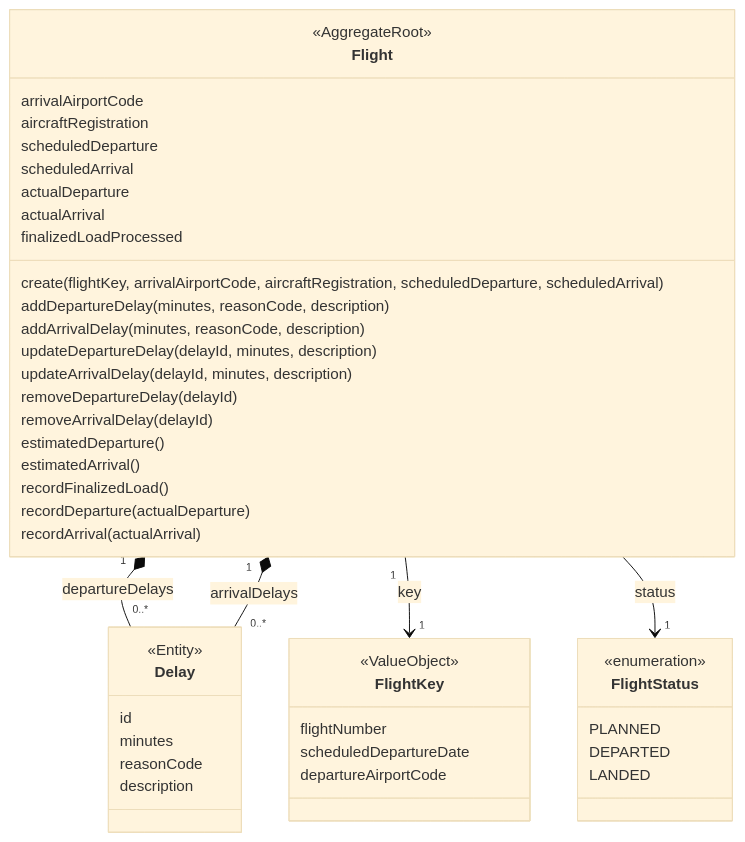
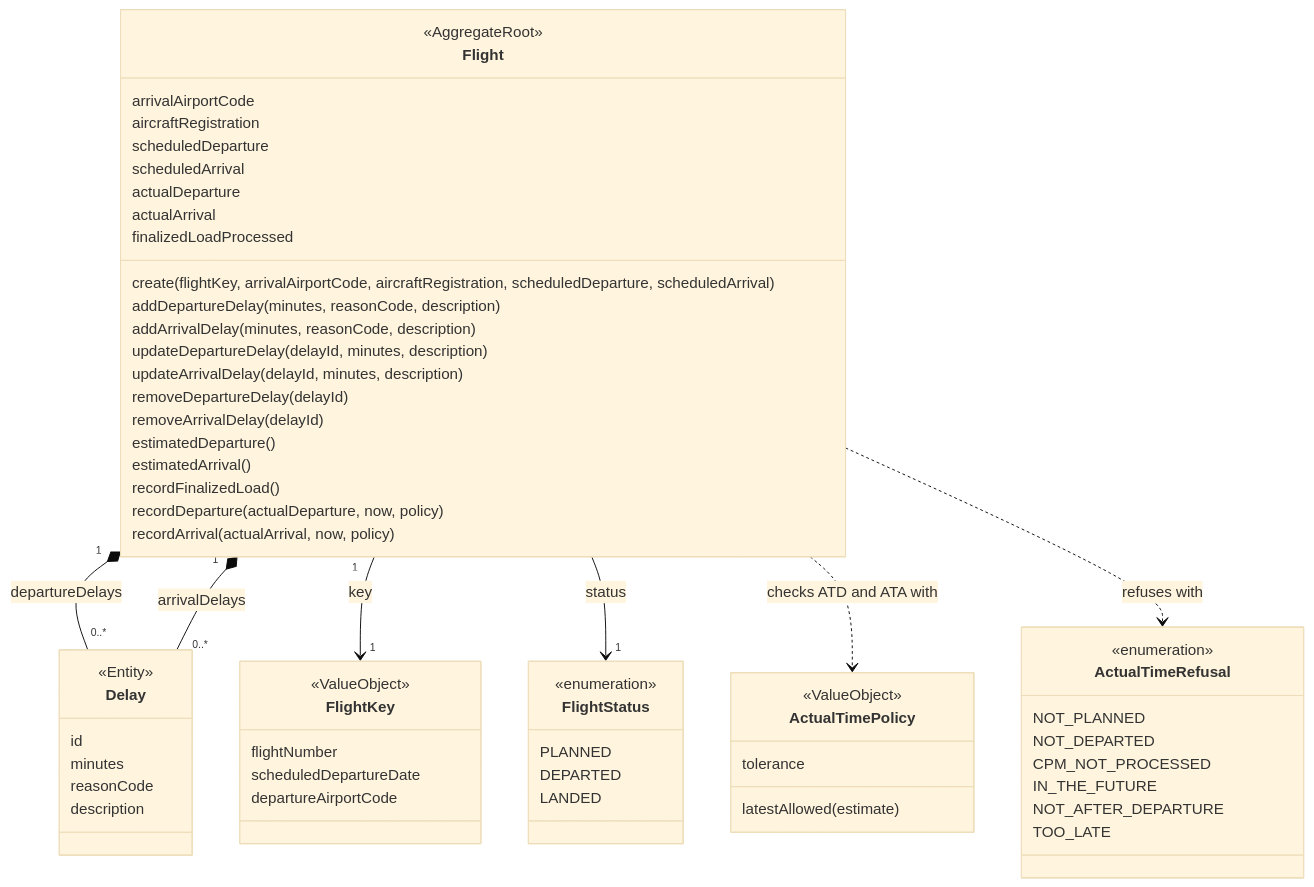
Before and after one commit to ebhd/air-freight-operations: the sixth of 9 diagrams in architecture/analyse.md, drawn with Mermaid (base theme). The commit also changed other lines of this file and 1 other file, not shown here.

Commit message:
Document the actual times and the MVT AD and AA flow (#28, #29, #31)

````diff
--- a/architecture/analyse.md
+++ b/architecture/analyse.md
@@ -403,58 +403,76 @@
 ```mermaid
 classDiagram
     direction TB
 
     class Flight {
         <<AggregateRoot>>
         arrivalAirportCode
         aircraftRegistration
         scheduledDeparture
         scheduledArrival
         actualDeparture
         actualArrival
         finalizedLoadProcessed
         create(flightKey, arrivalAirportCode, aircraftRegistration, scheduledDeparture, scheduledArrival)
         addDepartureDelay(minutes, reasonCode, description)
         addArrivalDelay(minutes, reasonCode, description)
         updateDepartureDelay(delayId, minutes, description)
         updateArrivalDelay(delayId, minutes, description)
         removeDepartureDelay(delayId)
         removeArrivalDelay(delayId)
         estimatedDeparture()
         estimatedArrival()
         recordFinalizedLoad()
-        recordDeparture(actualDeparture)
-        recordArrival(actualArrival)
+        recordDeparture(actualDeparture, now, policy)
+        recordArrival(actualArrival, now, policy)
+    }
+
+    class ActualTimePolicy {
+        <<ValueObject>>
+        tolerance
+        latestAllowed(estimate)
+    }
+
+    class ActualTimeRefusal {
+        <<enumeration>>
+        NOT_PLANNED
+        NOT_DEPARTED
+        CPM_NOT_PROCESSED
+        IN_THE_FUTURE
+        NOT_AFTER_DEPARTURE
+        TOO_LATE
     }
 
     class FlightKey {
         <<ValueObject>>
         flightNumber
         scheduledDepartureDate
         departureAirportCode
     }
 
     class FlightStatus {
         <<enumeration>>
         PLANNED
         DEPARTED
         LANDED
     }
 
     class Delay {
         <<Entity>>
         id
         minutes
         reasonCode
         description
     }
 
 
 
 
     Flight "1" *-- "0..*" Delay : departureDelays
     Flight "1" *-- "0..*" Delay : arrivalDelays
     Flight "1" --> "1" FlightKey : key
     Flight --> "1" FlightStatus : status
+    Flight ..> ActualTimePolicy : checks ATD and ATA with
+    Flight ..> ActualTimeRefusal : refuses with
 
 ```
````
